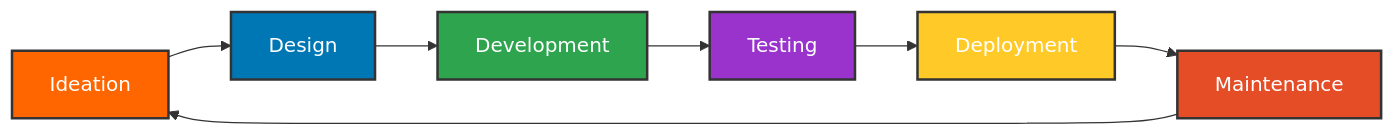
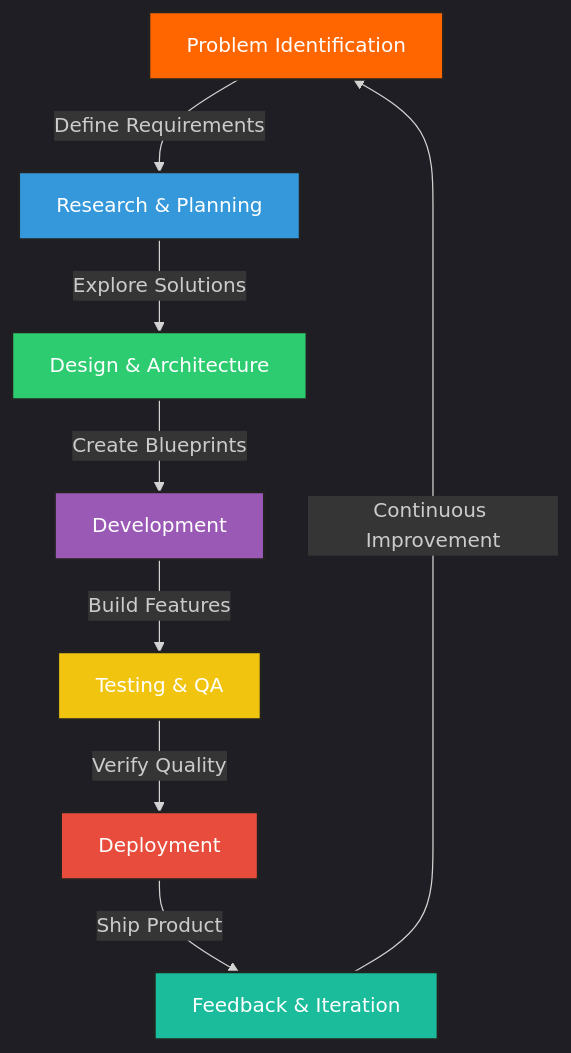
One commit to Mudassar52/Mudassar52 changed the diagram in README.md. Above: the diagram before and after it, drawn with Mermaid. The commit also changed other lines of this file, not shown here.

````diff
--- a/README.md
+++ b/README.md
@@ -75,15 +194,19 @@
 ```mermaid
-graph LR
-    A[Ideation] --> B[Design]
-    B --> C[Development]
-    C --> D[Testing]
-    D --> E[Deployment]
-    E --> F[Maintenance]
-    F --> A
-    style A fill:#FF6600,stroke:#333,stroke-width:2px,color:white
-    style B fill:#0077B5,stroke:#333,stroke-width:2px,color:white
-    style C fill:#2ea44f,stroke:#333,stroke-width:2px,color:white
-    style D fill:#9933CC,stroke:#333,stroke-width:2px,color:white
-    style E fill:#FFCA28,stroke:#333,stroke-width:2px,color:white
-    style F fill:#E44D26,stroke:#333,stroke-width:2px,color:white
+%%{init: {'theme': 'dark', 'themeVariables': { 'primaryColor': '#FF6600', 'edgeLabelBackground':'#353535', 'tertiaryColor': '#353535'}}}%%
+graph TD
+    A[Problem Identification] -->|Define Requirements| B[Research & Planning]
+    B -->|Explore Solutions| C[Design & Architecture]
+    C -->|Create Blueprints| D[Development]
+    D -->|Build Features| E[Testing & QA]
+    E -->|Verify Quality| F[Deployment]
+    F -->|Ship Product| G[Feedback & Iteration]
+    G -->|Continuous Improvement| A
+    
+    style A fill:#FF6600,stroke:#222,stroke-width:2px,color:white
+    style B fill:#3498db,stroke:#222,stroke-width:2px,color:white
+    style C fill:#2ecc71,stroke:#222,stroke-width:2px,color:white
+    style D fill:#9b59b6,stroke:#222,stroke-width:2px,color:white
+    style E fill:#f1c40f,stroke:#222,stroke-width:2px,color:white
+    style F fill:#e74c3c,stroke:#222,stroke-width:2px,color:white
+    style G fill:#1abc9c,stroke:#222,stroke-width:2px,color:white
 ```
````
